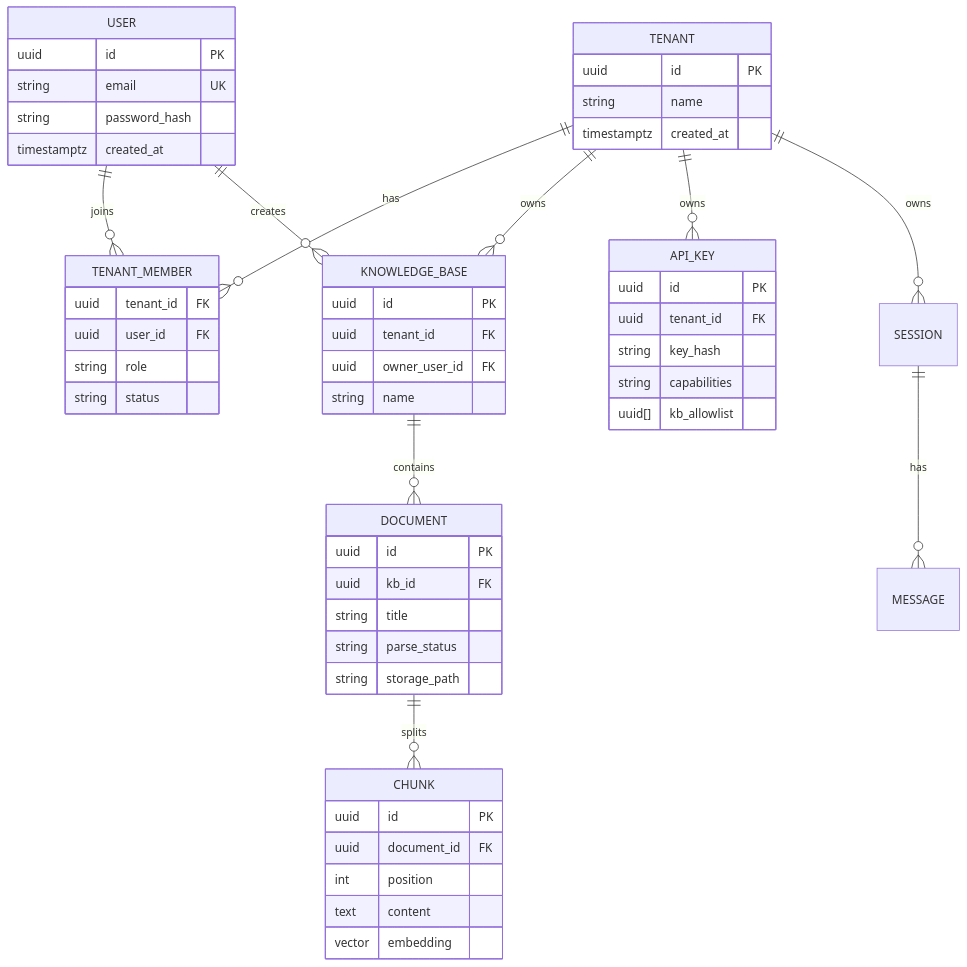
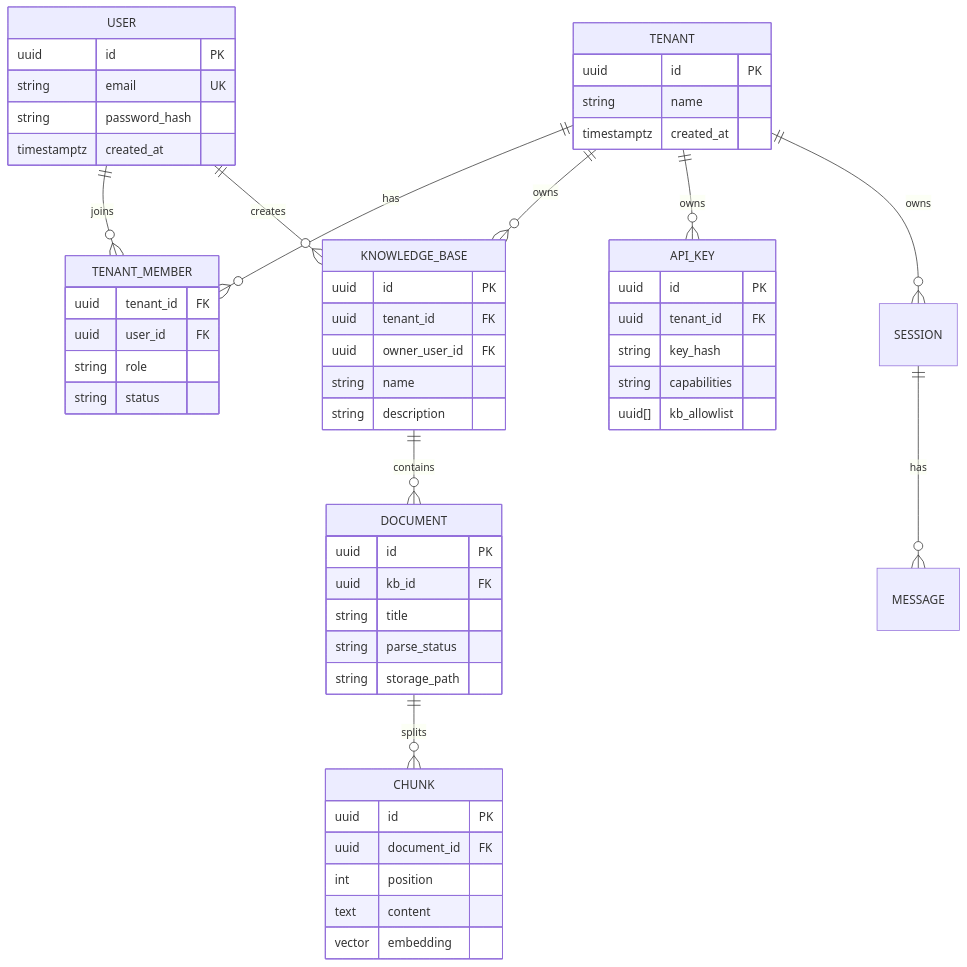
One commit to ducchungtx/rag-agent-enterprise changed the diagram in docs/01-nen-tang/03-mo-hinh-du-lieu.md. Above: the diagram before and after it, drawn with Mermaid. The commit also changed other lines of this file and 20 other files, not shown here.

````diff
--- a/docs/01-nen-tang/03-mo-hinh-du-lieu.md
+++ b/docs/01-nen-tang/03-mo-hinh-du-lieu.md
@@ -9,57 +9,58 @@
 ```mermaid
 erDiagram
     USER ||--o{ TENANT_MEMBER : joins
     TENANT ||--o{ TENANT_MEMBER : has
     TENANT ||--o{ KNOWLEDGE_BASE : owns
     TENANT ||--o{ API_KEY : owns
     USER ||--o{ KNOWLEDGE_BASE : creates
     KNOWLEDGE_BASE ||--o{ DOCUMENT : contains
     DOCUMENT ||--o{ CHUNK : splits
     TENANT ||--o{ SESSION : owns
     SESSION ||--o{ MESSAGE : has
 
     USER {
         uuid id PK
         string email UK
         string password_hash
         timestamptz created_at
     }
     TENANT {
         uuid id PK
         string name
         timestamptz created_at
     }
     TENANT_MEMBER {
         uuid tenant_id FK
         uuid user_id FK
         string role
         string status
     }
     KNOWLEDGE_BASE {
         uuid id PK
         uuid tenant_id FK
         uuid owner_user_id FK
         string name
+        string description
     }
     DOCUMENT {
         uuid id PK
         uuid kb_id FK
         string title
         string parse_status
         string storage_path
     }
     CHUNK {
         uuid id PK
         uuid document_id FK
         int position
         text content
         vector embedding
     }
     API_KEY {
         uuid id PK
         uuid tenant_id FK
         string key_hash
         string capabilities
         uuid[] kb_allowlist
     }
 ```
````
